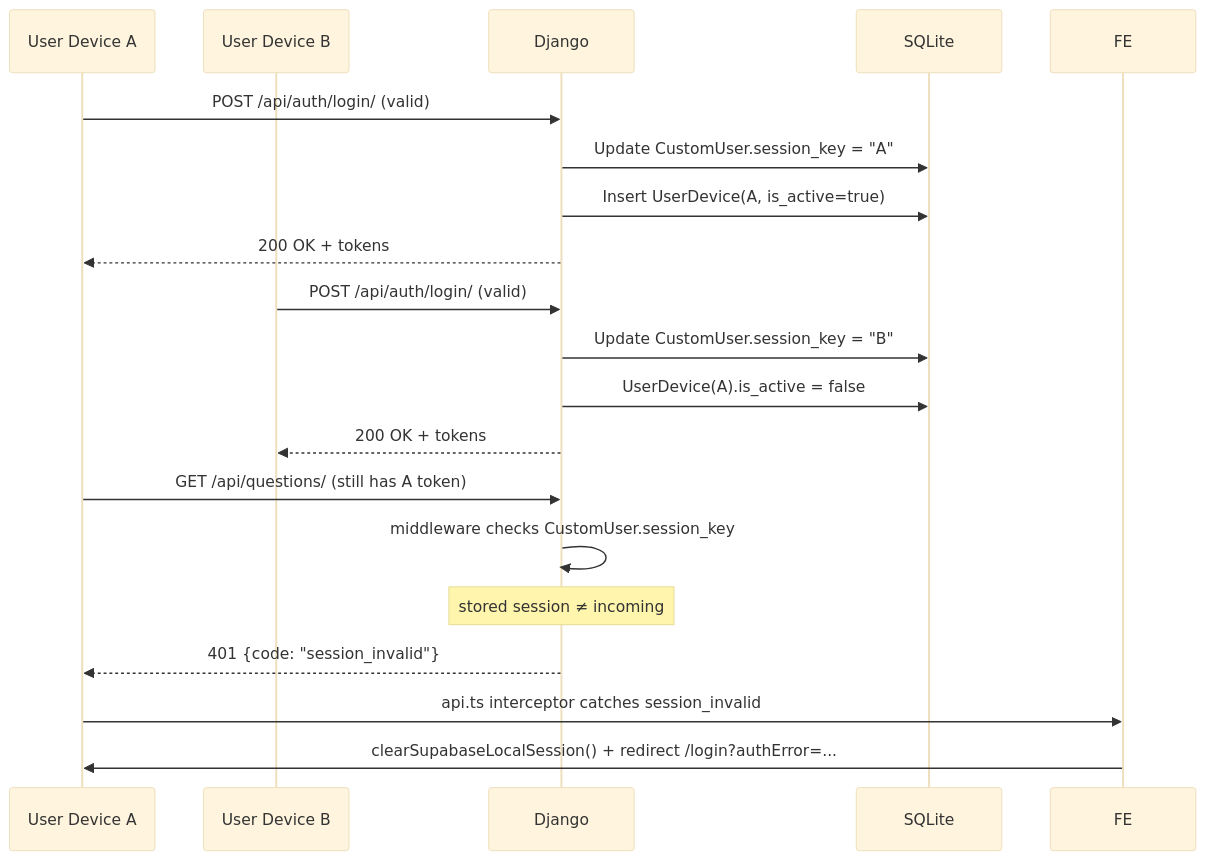
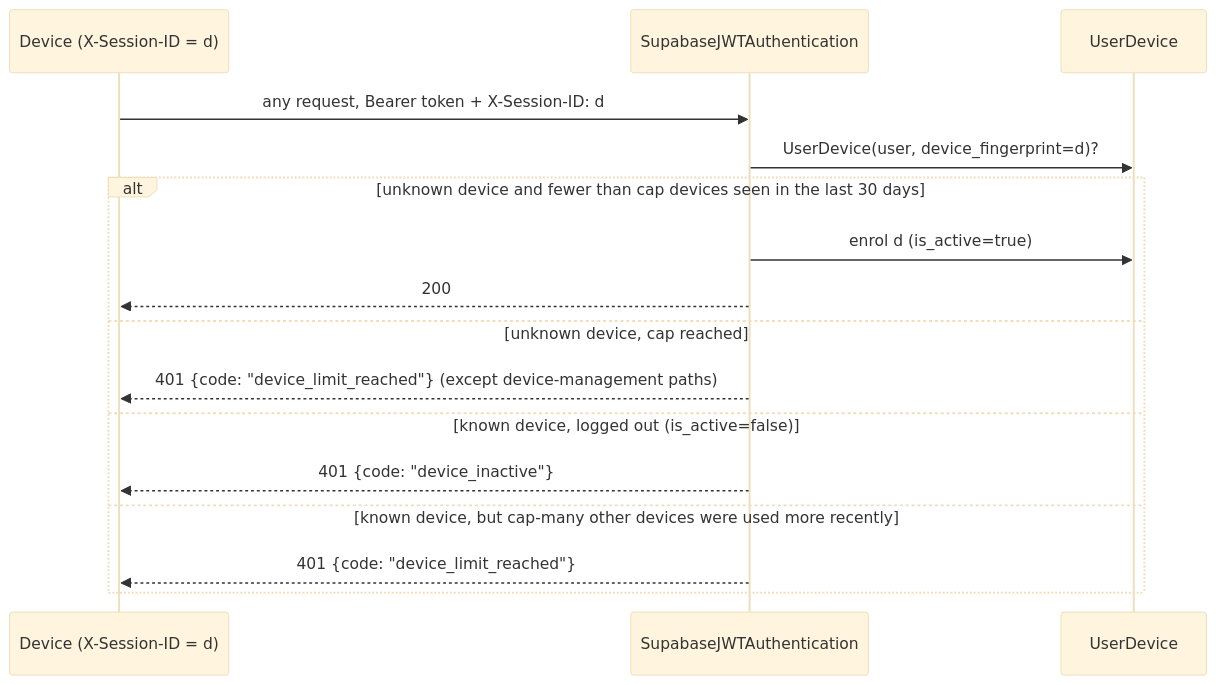
One commit to Divyanshu1Dubey/Crack_Me_AI changed the fourth of 6 diagrams in docs/AUTHENTICATION.md. Above: the diagram before and after it, drawn with Mermaid (base theme). The commit also changed other lines of this file and 26 other files, not shown here.

````diff
--- a/docs/AUTHENTICATION.md
+++ b/docs/AUTHENTICATION.md
@@ -139,24 +163,19 @@
 ```mermaid
 sequenceDiagram
-    participant U1 as User Device A
-    participant U2 as User Device B
-    participant API as Django
-    participant DB as SQLite
+    participant D as Device (X-Session-ID = d)
+    participant API as SupabaseJWTAuthentication
+    participant DB as UserDevice
 
-    U1->>API: POST /api/auth/login/ (valid)
-    API->>DB: Update CustomUser.session_key = "A"
-    API->>DB: Insert UserDevice(A, is_active=true)
-    API-->>U1: 200 OK + tokens
-
-    U2->>API: POST /api/auth/login/ (valid)
-    API->>DB: Update CustomUser.session_key = "B"
-    API->>DB: UserDevice(A).is_active = false
-    API-->>U2: 200 OK + tokens
-
-    U1->>API: GET /api/questions/ (still has A token)
-    API->>API: middleware checks CustomUser.session_key
-    Note over API: stored session ≠ incoming
-    API-->>U1: 401 {code: "session_invalid"}
-    U1->>FE: api.ts interceptor catches session_invalid
-    FE->>U1: clearSupabaseLocalSession() + redirect /login?authError=...
+    D->>API: any request, Bearer token + X-Session-ID: d
+    API->>DB: UserDevice(user, device_fingerprint=d)?
+    alt unknown device and fewer than cap devices seen in the last 30 days
+        API->>DB: enrol d (is_active=true)
+        API-->>D: 200
+    else unknown device, cap reached
+        API-->>D: 401 {code: "device_limit_reached"} (except device-management paths)
+    else known device, logged out (is_active=false)
+        API-->>D: 401 {code: "device_inactive"}
+    else known device, but cap-many other devices were used more recently
+        API-->>D: 401 {code: "device_limit_reached"}
+    end
 ```
````
